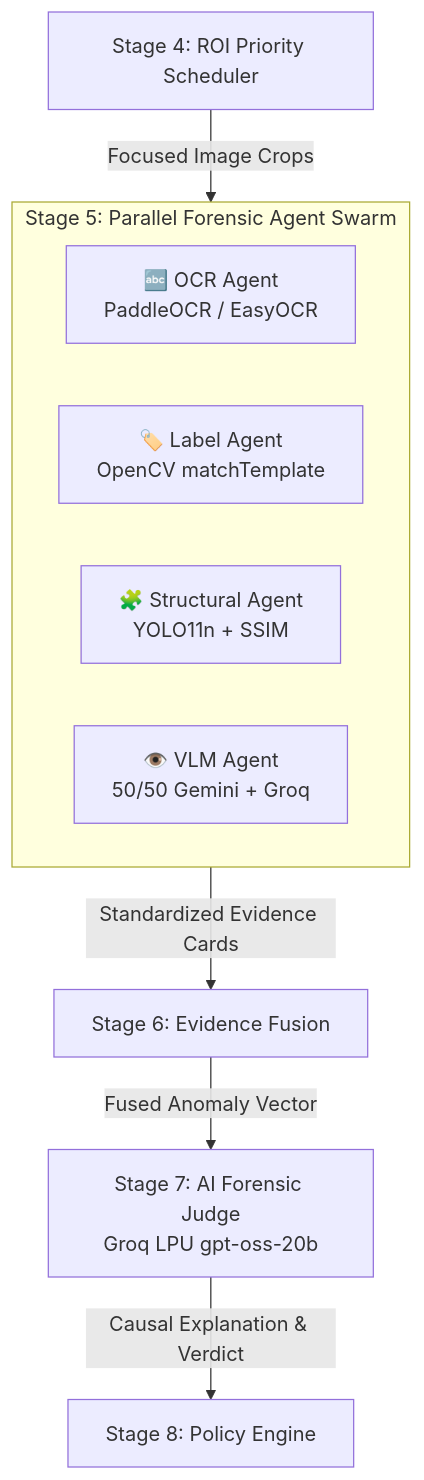
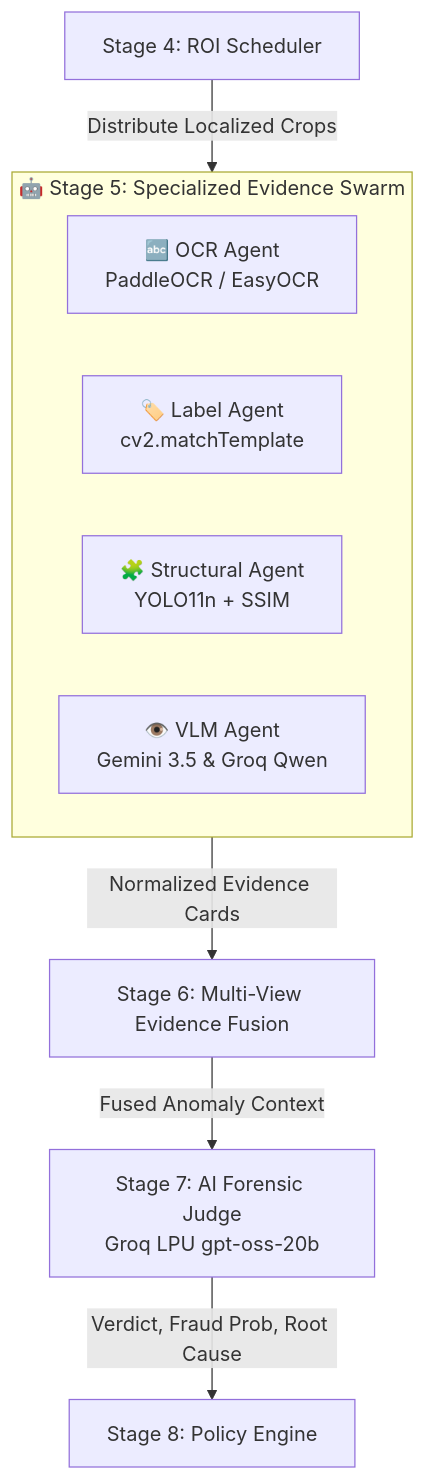
One commit to Disha-1610/VisionForge changed the first of 2 diagrams in docs/AI_AGENTS.md. Above: the diagram before and after it, drawn with Mermaid. The commit also changed other lines of this file and 12 other files, not shown here.

Commit message:
docs: upgrade full documentation suite with technical depth, story arcs, engineering decisions, and Mermaid diagrams

````diff
--- a/docs/AI_AGENTS.md
+++ b/docs/AI_AGENTS.md
@@ -40,16 +41,16 @@
 ```mermaid
 flowchart TD
-    Scheduler[Stage 4: ROI Priority Scheduler] -->|Focused Image Crops| Swarm
+    Scheduler[Stage 4: ROI Scheduler] -->|Distribute Localized Crops| Swarm
     
-    subgraph Swarm["Stage 5: Parallel Forensic Agent Swarm"]
+    subgraph Swarm["🤖 Stage 5: Specialized Evidence Swarm"]
         direction LR
         OCR[🔤 OCR Agent<br/>PaddleOCR / EasyOCR]
-        Label[🏷️ Label Agent<br/>OpenCV matchTemplate]
+        Label[🏷️ Label Agent<br/>cv2.matchTemplate]
         Struct[🧩 Structural Agent<br/>YOLO11n + SSIM]
-        VLM[👁️ VLM Agent<br/>50/50 Gemini + Groq]
+        VLM[👁️ VLM Agent<br/>Gemini 3.5 & Groq Qwen]
     end
 
-    Swarm -->|Standardized Evidence Cards| Fusion[Stage 6: Evidence Fusion]
-    Fusion -->|Fused Anomaly Vector| Judge[Stage 7: AI Forensic Judge<br/>Groq LPU gpt-oss-20b]
-    Judge -->|Causal Explanation & Verdict| Policy[Stage 8: Policy Engine]
+    Swarm -->|Normalized Evidence Cards| Fusion[Stage 6: Multi-View Evidence Fusion]
+    Fusion -->|Fused Anomaly Context| Judge[Stage 7: AI Forensic Judge<br/>Groq LPU gpt-oss-20b]
+    Judge -->|Verdict, Fraud Prob, Root Cause| Policy[Stage 8: Policy Engine]
 ```
````
